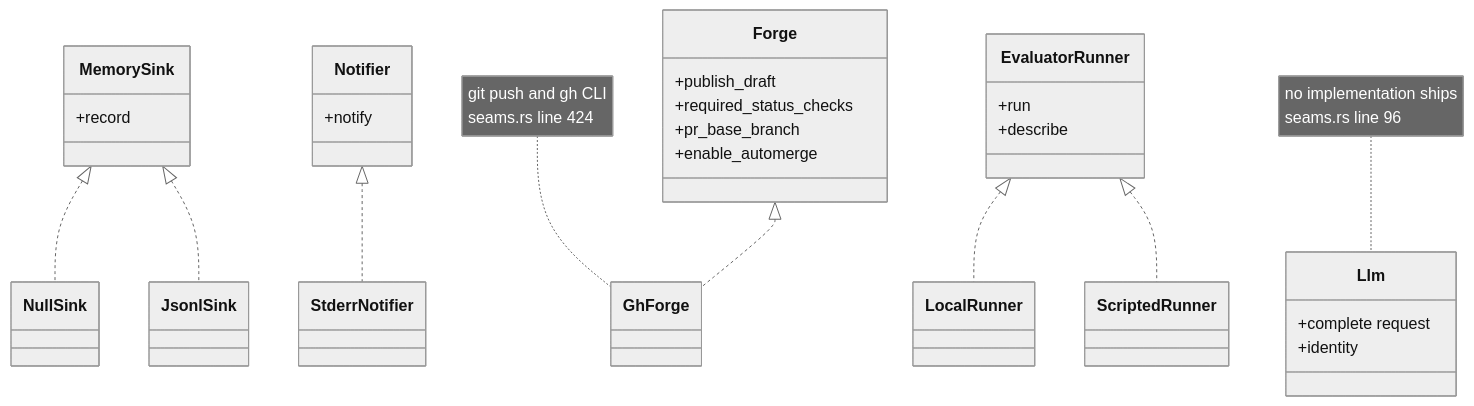
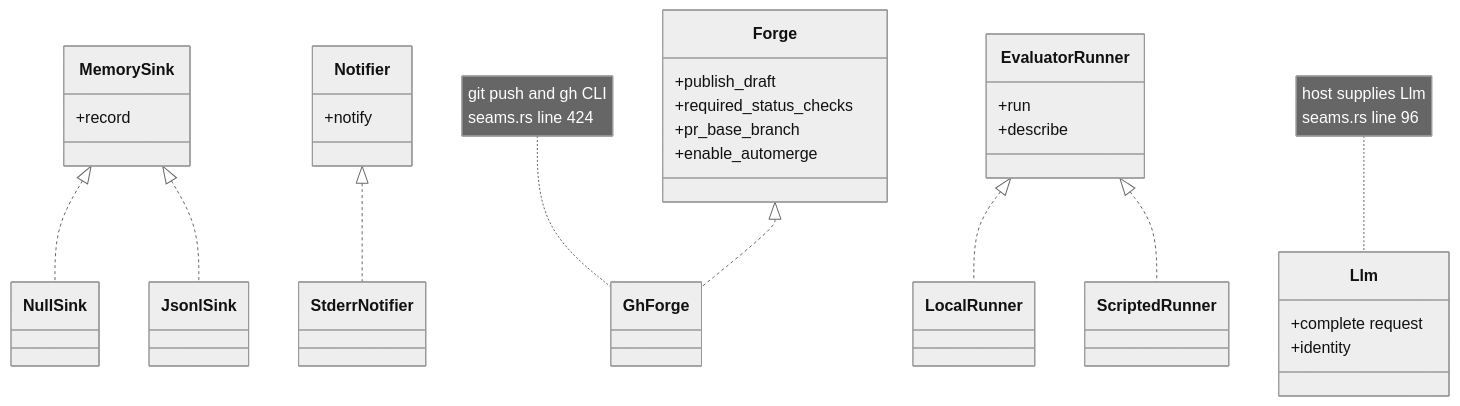
Before and after one commit to DreamLab-AI/dream-engine: the first of 2 diagrams in docs/diagrams/crates/02-seams-and-what-implements-them.md, drawn with Mermaid (neutral theme). The commit also changed other lines of this file and 11 other files, not shown here.

Commit message:
docs: reconcile all dream-engine diagrams with current source contracts

````diff
--- a/docs/diagrams/crates/02-seams-and-what-implements-them.md
+++ b/docs/diagrams/crates/02-seams-and-what-implements-them.md
@@ -34,37 +33,37 @@
 ```mermaid
 classDiagram
     class Llm {
         +complete request
         +identity
     }
     class MemorySink {
         +record
     }
     class Notifier {
         +notify
     }
     class Forge {
         +publish_draft
         +required_status_checks
         +pr_base_branch
         +enable_automerge
     }
     class EvaluatorRunner {
         +run
         +describe
     }
     class NullSink
     class JsonlSink
     class StderrNotifier
     class GhForge
     class LocalRunner
     class ScriptedRunner
     MemorySink <|.. NullSink
     MemorySink <|.. JsonlSink
     Notifier <|.. StderrNotifier
     Forge <|.. GhForge
     EvaluatorRunner <|.. LocalRunner
     EvaluatorRunner <|.. ScriptedRunner
-    note for Llm "no implementation ships<br/>seams.rs line 96"
+    note for Llm "host supplies Llm<br/>seams.rs line 96"
     note for GhForge "git push and gh CLI<br/>seams.rs line 424"
 ```
````
